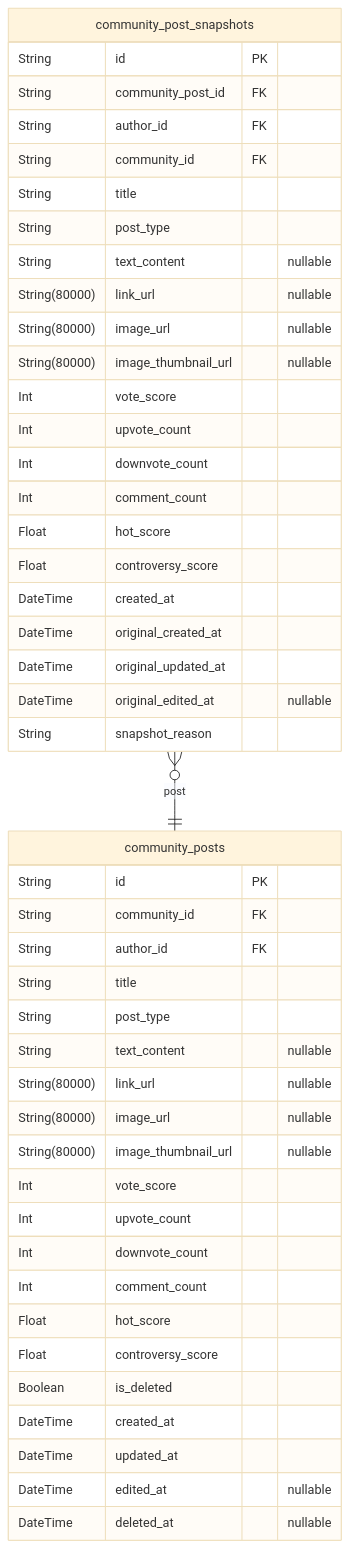
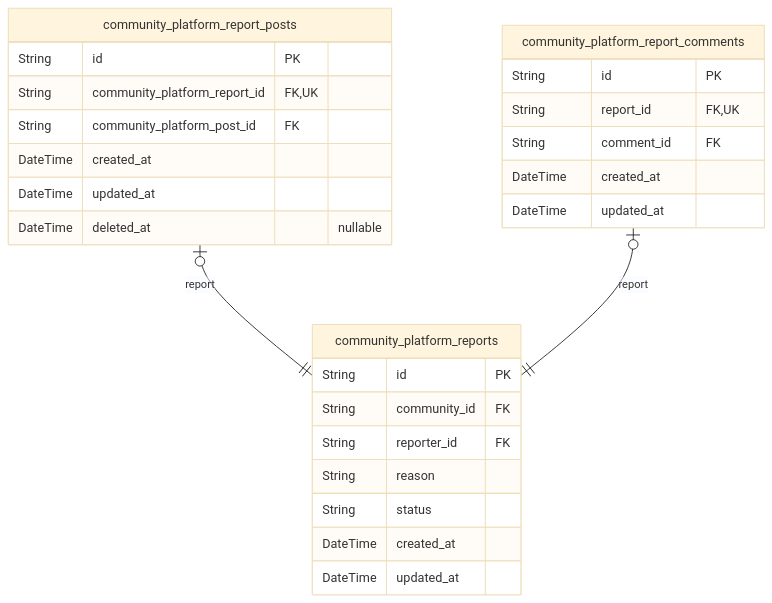
Before and after one commit to wrtnlabs/autobe-examples: the fifth of 8 diagrams in z-ai/glm-5/reddit/docs/ERD.md, drawn with Mermaid (base theme). The commit also changed other lines of this file and 17098 other files, not shown here.

````diff
--- a/z-ai/glm-5/reddit/docs/ERD.md
+++ b/z-ai/glm-5/reddit/docs/ERD.md
@@ -908,49 +747,29 @@
 ```mermaid
 erDiagram
-"community_posts" {
+"community_platform_reports" {
   String id PK
   String community_id FK
-  String author_id FK
-  String title
-  String post_type
-  String text_content "nullable"
-  String(80000) link_url "nullable"
-  String(80000) image_url "nullable"
-  String(80000) image_thumbnail_url "nullable"
-  Int vote_score
-  Int upvote_count
-  Int downvote_count
-  Int comment_count
-  Float hot_score
-  Float controversy_score
-  Boolean is_deleted
+  String reporter_id FK
+  String reason
+  String status
   DateTime created_at
   DateTime updated_at
-  DateTime edited_at "nullable"
+}
+"community_platform_report_posts" {
+  String id PK
+  String community_platform_report_id FK,UK
+  String community_platform_post_id FK
+  DateTime created_at
+  DateTime updated_at
   DateTime deleted_at "nullable"
 }
-"community_post_snapshots" {
+"community_platform_report_comments" {
   String id PK
-  String community_post_id FK
-  String author_id FK
-  String community_id FK
-  String title
-  String post_type
-  String text_content "nullable"
-  String(80000) link_url "nullable"
-  String(80000) image_url "nullable"
-  String(80000) image_thumbnail_url "nullable"
-  Int vote_score
-  Int upvote_count
-  Int downvote_count
-  Int comment_count
-  Float hot_score
-  Float controversy_score
+  String report_id FK,UK
+  String comment_id FK
   DateTime created_at
-  DateTime original_created_at
-  DateTime original_updated_at
-  DateTime original_edited_at "nullable"
-  String snapshot_reason
+  DateTime updated_at
 }
-"community_post_snapshots" }o--|| "community_posts" : post
+"community_platform_report_posts" |o--|| "community_platform_reports" : report
+"community_platform_report_comments" |o--|| "community_platform_reports" : report
 ```
````
